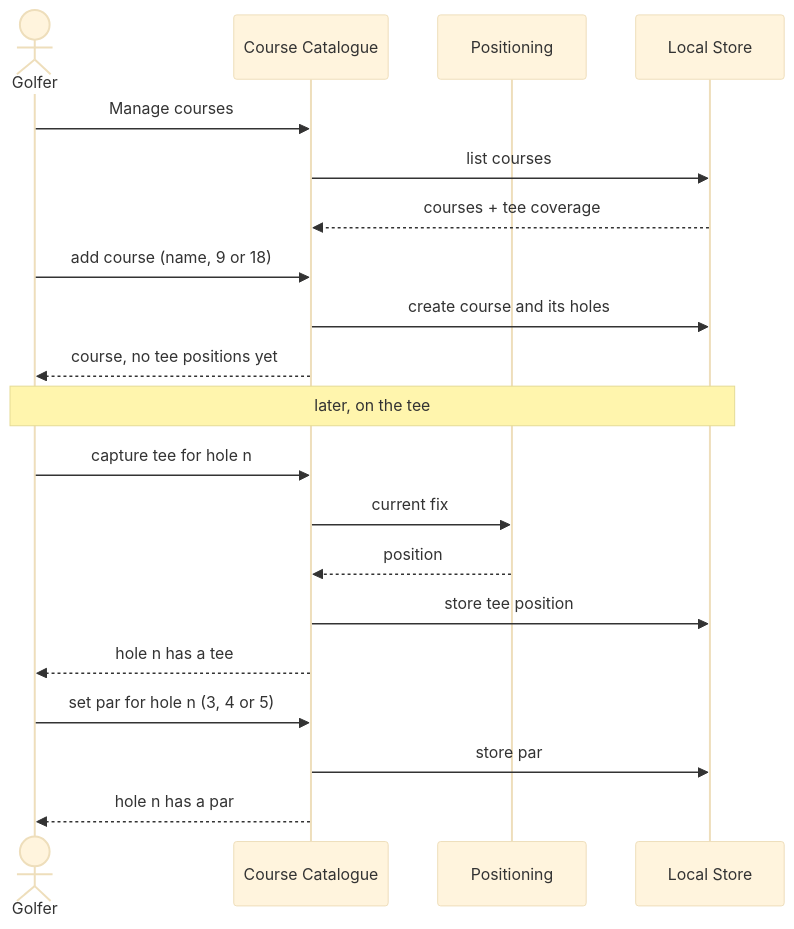
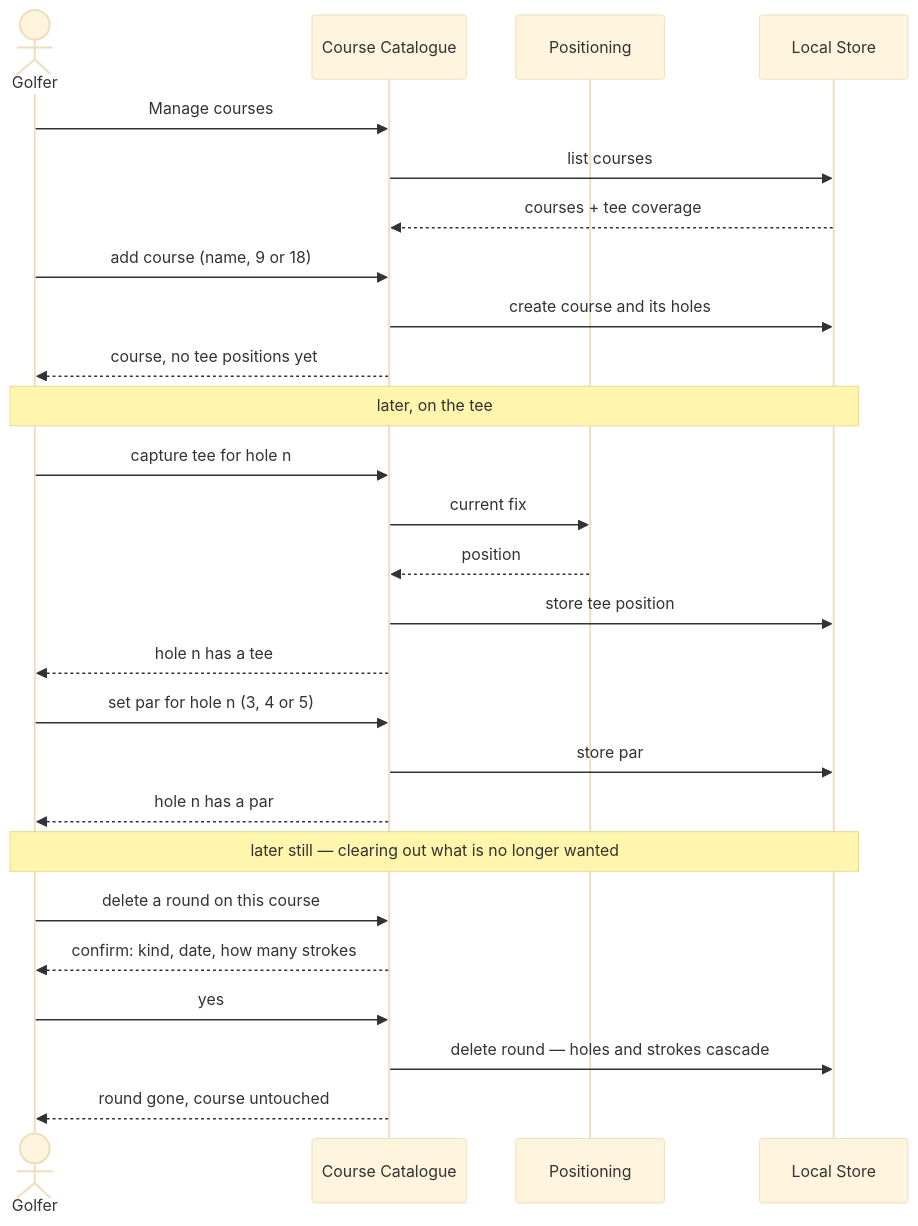
The diagram in docs/use cases/UC5-manage-courses.md (roeselert/golftrainer), drawn with Mermaid (base theme) before and after one commit. The commit also changed other lines of this file and 9 other files, not shown here.

````diff
--- a/docs/use cases/UC5-manage-courses.md
+++ b/docs/use cases/UC5-manage-courses.md
@@ -85,25 +100,32 @@
 ```mermaid
 sequenceDiagram
     actor G as Golfer
     participant C as Course Catalogue
     participant P as Positioning
     participant S as Local Store
 
     G->>C: Manage courses
     C->>S: list courses
     S-->>C: courses + tee coverage
     G->>C: add course (name, 9 or 18)
     C->>S: create course and its holes
     C-->>G: course, no tee positions yet
 
     Note over G,S: later, on the tee
     G->>C: capture tee for hole n
     C->>P: current fix
     P-->>C: position
     C->>S: store tee position
     C-->>G: hole n has a tee
 
     G->>C: set par for hole n (3, 4 or 5)
     C->>S: store par
     C-->>G: hole n has a par
+
+    Note over G,S: later still — clearing out what is no longer wanted
+    G->>C: delete a round on this course
+    C-->>G: confirm: kind, date, how many strokes
+    G->>C: yes
+    C->>S: delete round — holes and strokes cascade
+    C-->>G: round gone, course untouched
 ```
````
